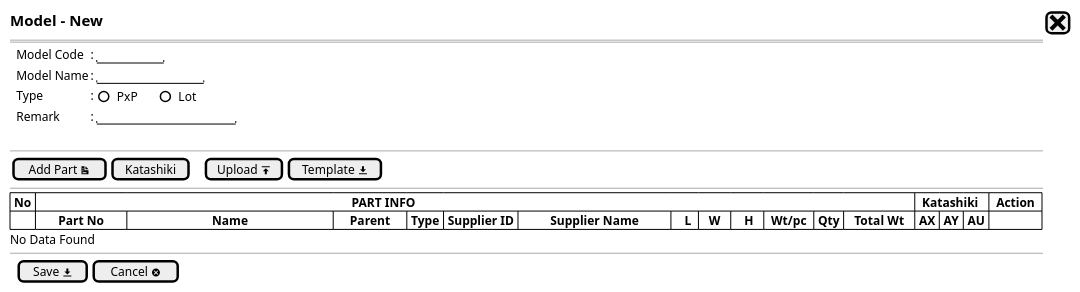
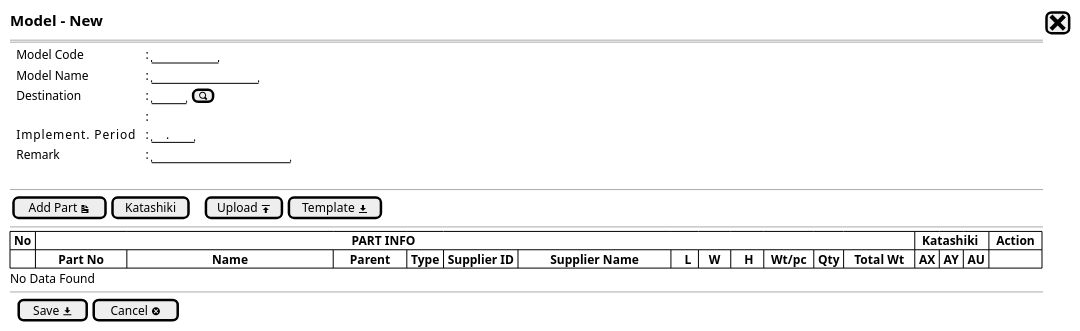
One commit to ari-fikri/packing-cost-mockup changed the diagram in Model/model - newstep1.puml. Above: the diagram before and after it, drawn with PlantUML. The commit also changed 5 other files, not shown here.

Commit message:
Modify Model UI Structure - Add Destination (code/name) - Add Implemenation period

```diff
--- a/Model/model - newstep1.puml
+++ b/Model/model - newstep1.puml
@@ -1,29 +1,31 @@
 @startsalt
 {
   <size:15><b>Model - New |[<size:25><&x>]|*
   ==
   
   {   
-    .|Model Code |: |"        "|*
-    .|Model Name |: |"             "| *
-    .|Type       |: { ()PxP      |   ()Lot  }*
-    .|Remark     |: |"                 "|*
+    .|Model Code              |: |"        "|*
+    .|Model Name              |: |"             "| *
+    .|Destination             |: |"    "|[<&magnifying-glass>]|*
+    .|.                       |: |*
+    .|Implement. Period       |: |"    ."|*
+    .|Remark                  |: |"                 "|*
   }
   .
 --
   {
     [Add Part <&document>]|[Katashiki]|.|.|[Upload <&data-transfer-upload>]| [Template <&data-transfer-download>]|
   }
   --
   {#
     | <b>No |                                                                                                     <b>PART INFO                                                                                                                                  |*|*|*|*|*|*|*|*|*|*|*|<b>  Katashiki  |*|*     |  <b>Action  |*|*
     |.     |       <b>Part No       |                           <b>Name                           |     <b>Parent     | <b>Type | <b>Supplier ID |          <b>Supplier Name          |    <b>L  |   <b>W   |    <b>H   |  <b>Wt/pc  | <b>Qty |<b>   Total Wt                         | <b>AX | <b>AY | <b>AU |.|*|*
   }
   No Data Found
   --
   {
   .|[ Save <&data-transfer-download>] |  [Cancel <&circle-x> ]|*
   }
 }
 
   @endsalt
```
